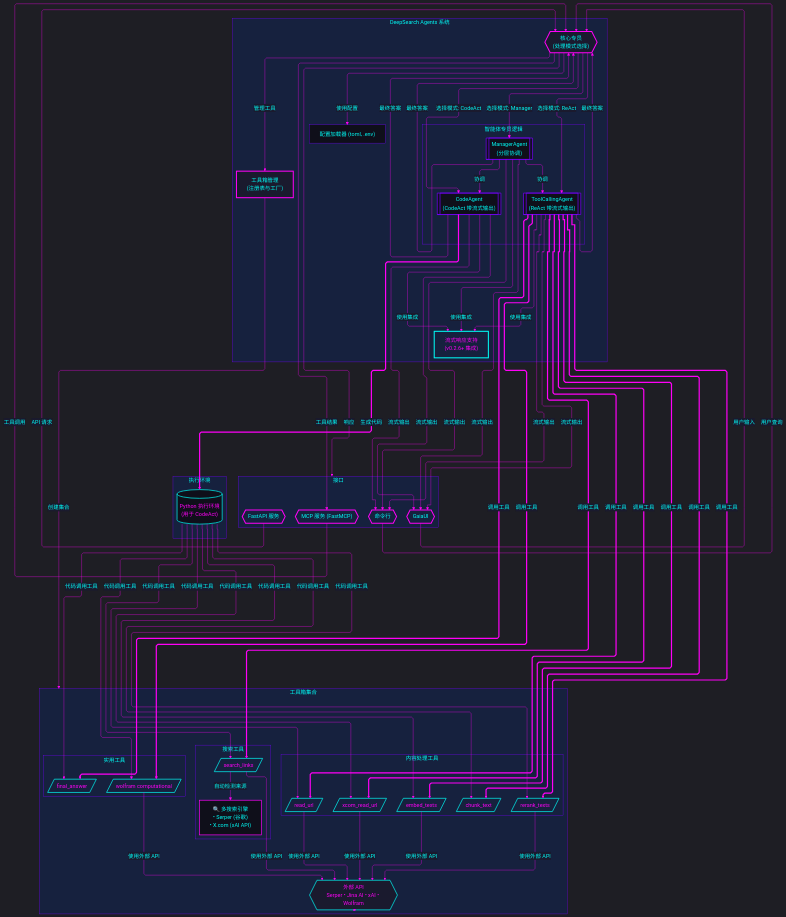
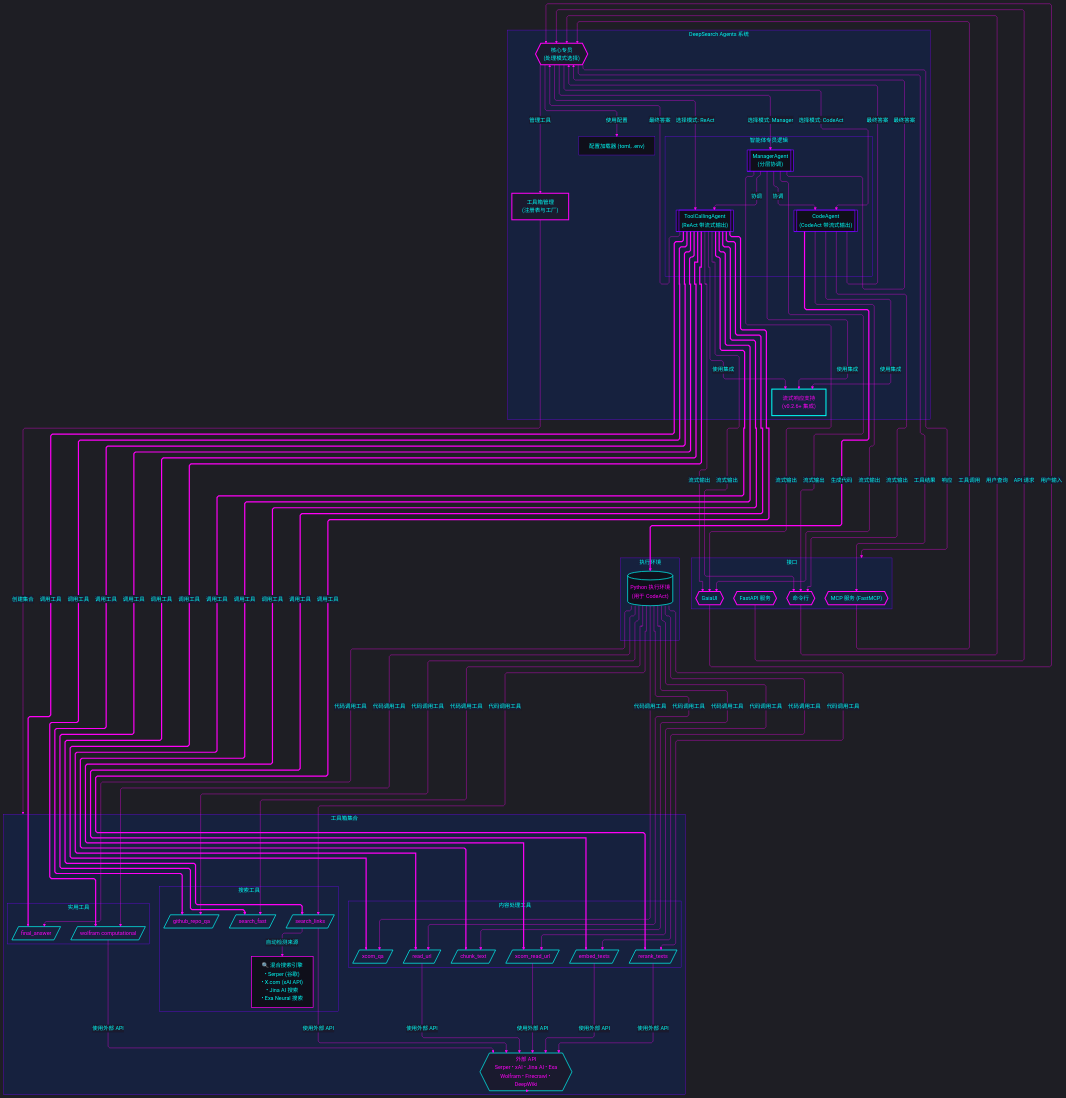
Before and after one commit to lwyBZss8924d/DeepSearchAgents: the diagram in README_Zh.md, drawn with Mermaid. The commit also changed other lines of this file and 4 other files, not shown here.

```diff
--- a/README_Zh.md
+++ b/README_Zh.md
@@ -350,23 +361,29 @@
         direction TB
         subgraph 搜索工具["搜索工具"]
             搜索链接[/search_links/]
-            搜索引擎["🔍 多搜索引擎
+            快速搜索[/search_fast/]
+            搜索引擎["🔍 混合搜索引擎
 • Serper (谷歌)
-• X.com (xAI API)"]
+• X.com (xAI API)
+• Jina AI 搜索
+• Exa Neural 搜索"]
+            GitHub问答[/github_repo_qa/]
         end
         subgraph 内容处理工具["内容处理工具"]
             读取URL[/read_url/]
             X读取URL[/xcom_read_url/]
-            分块文本[/chunk_text/]
-            嵌入文本[/embed_texts/]
-            重排文本[/rerank_texts/]
+            X问答[/xcom_qa/]
+            文本分块[/chunk_text/]
+            文本嵌入[/embed_texts/]
+            文本重排[/rerank_texts/]
         end
         subgraph 实用工具["实用工具"]
             Wolfram[/"wolfram computational"/]
             最终答案[/final_answer/]
         end
         外部API{{外部 API
-Serper • Jina AI • xAI • Wolfram}}
+Serper • xAI • Jina AI • Exa
+Wolfram • Firecrawl • DeepWiki}}
     end
     subgraph 执行环境["执行环境"]
         Python环境[("Python 执行环境
@@ -392,29 +409,35 @@
     搜索链接 -- "自动检测来源" --> 搜索引擎
     
     工具专员 == "调用工具" ==> 搜索链接
+    工具专员 == "调用工具" ==> 快速搜索
+    工具专员 == "调用工具" ==> GitHub问答
     工具专员 == "调用工具" ==> 读取URL
     工具专员 == "调用工具" ==> X读取URL
-    工具专员 == "调用工具" ==> 分块文本
-    工具专员 == "调用工具" ==> 嵌入文本
-    工具专员 == "调用工具" ==> 重排文本
+    工具专员 == "调用工具" ==> X问答
+    工具专员 == "调用工具" ==> 文本分块
+    工具专员 == "调用工具" ==> 文本嵌入
+    工具专员 == "调用工具" ==> 文本重排
     工具专员 == "调用工具" ==> Wolfram
     工具专员 == "调用工具" ==> 最终答案
 
     代码专员 == "生成代码" ==> Python环境
     Python环境 -- "代码调用工具" --> 搜索链接
+    Python环境 -- "代码调用工具" --> 快速搜索
+    Python环境 -- "代码调用工具" --> GitHub问答
     Python环境 -- "代码调用工具" --> 读取URL
     Python环境 -- "代码调用工具" --> X读取URL
-    Python环境 -- "代码调用工具" --> 分块文本
-    Python环境 -- "代码调用工具" --> 嵌入文本
-    Python环境 -- "代码调用工具" --> 重排文本
+    Python环境 -- "代码调用工具" --> X问答
+    Python环境 -- "代码调用工具" --> 文本分块
+    Python环境 -- "代码调用工具" --> 文本嵌入
+    Python环境 -- "代码调用工具" --> 文本重排
     Python环境 -- "代码调用工具" --> Wolfram
     Python环境 -- "代码调用工具" --> 最终答案
 
     搜索链接 -- "使用外部 API" --> 外部API
     读取URL -- "使用外部 API" --> 外部API
     X读取URL -- "使用外部 API" --> 外部API
-    嵌入文本 -- "使用外部 API" --> 外部API
-    重排文本 -- "使用外部 API" --> 外部API
+    文本嵌入 -- "使用外部 API" --> 外部API
+    文本重排 -- "使用外部 API" --> 外部API
     Wolfram -- "使用外部 API" --> 外部API
     外部API --> 工具箱集合
 
@@ -453,12 +476,15 @@
     流式支持:::streaming
     工具箱管理:::manager
     搜索链接:::tool
+    快速搜索:::tool
+    GitHub问答:::tool
     搜索引擎:::searchengine
     读取URL:::tool
     X读取URL:::tool
-    分块文本:::tool
-    嵌入文本:::tool
-    重排文本:::tool
+    X问答:::tool
+    文本分块:::tool
+    文本嵌入:::tool
+    文本重排:::tool
     Wolfram:::tool
     最终答案:::tool
     Python环境:::environment
```
